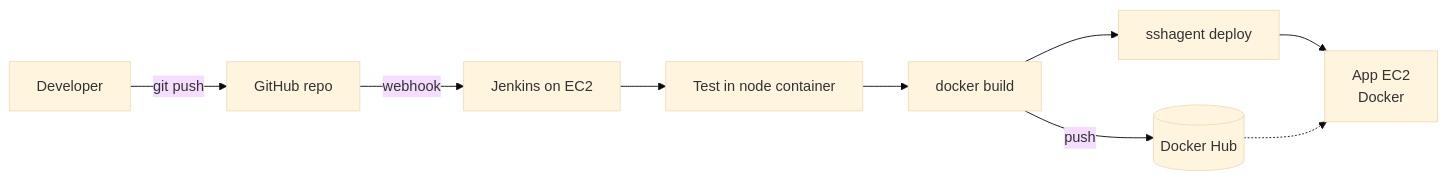
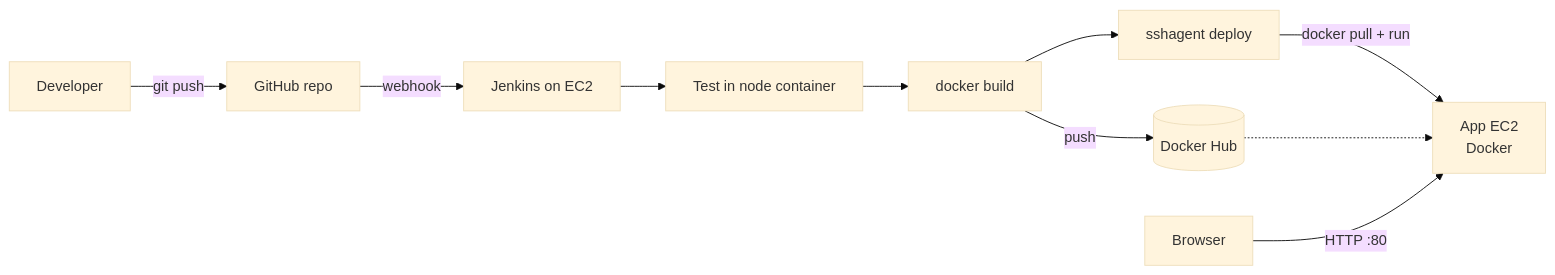
Before and after one commit to RushikeshR29/aws-devops-demo: the diagram in README.md, drawn with Mermaid (base theme). The commit also changed other lines of this file and 4 other files, not shown here.

````diff
--- a/README.md
+++ b/README.md
@@ -73,11 +7,12 @@
 ```mermaid
 flowchart LR
     Dev[Developer] -->|git push| GH[GitHub repo]
     GH -->|webhook| J[Jenkins on EC2]
     J --> T[Test in node container]
     T --> B[docker build]
     B -->|push| DH[(Docker Hub)]
     B --> D[sshagent deploy]
-    D --> APP[App EC2<br/>Docker]
+    D -->|docker pull + run| APP[App EC2<br/>Docker]
     DH -.-> APP
+    User[Browser] -->|HTTP :80| APP
 ```
````
